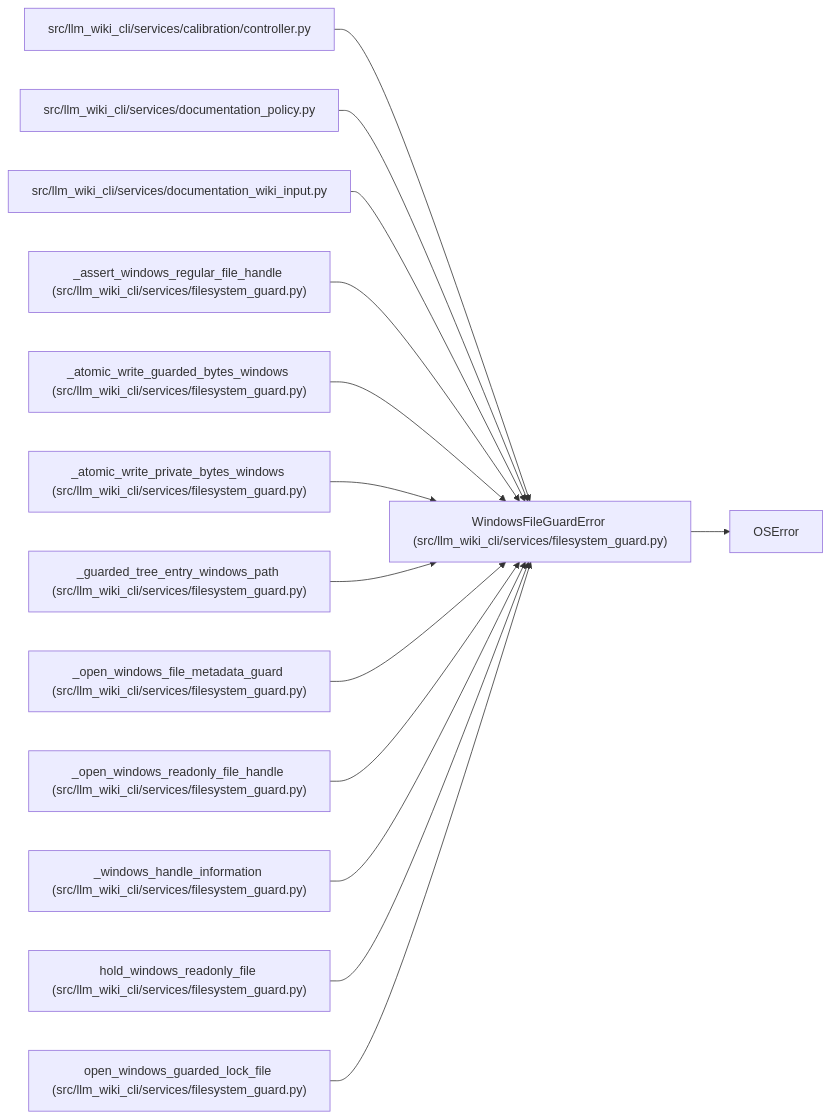
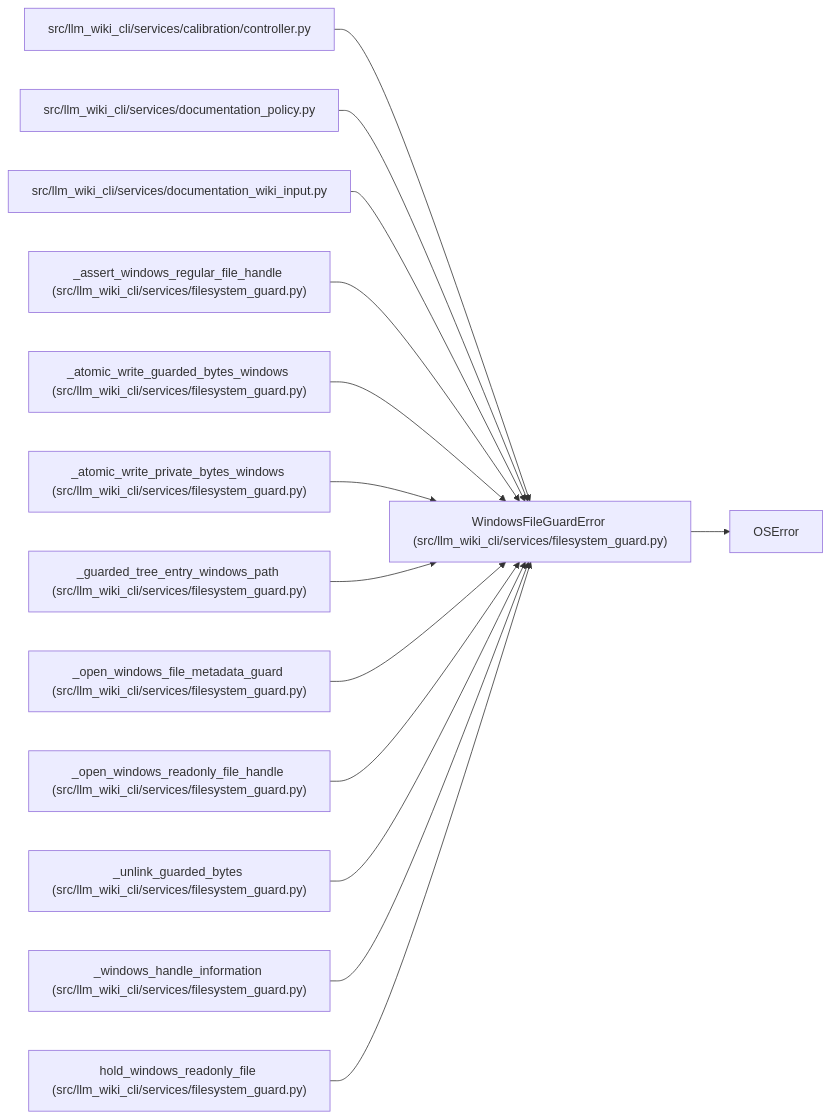
One commit to Denissvgn/python-wiki-llm changed the diagram in docs/llm_wiki/entities/WindowsFileGuardError.md. Above: the diagram before and after it, drawn with Mermaid. The commit also changed other lines of this file and 1410 other files, not shown here.

````diff
--- a/docs/llm_wiki/entities/WindowsFileGuardError.md
+++ b/docs/llm_wiki/entities/WindowsFileGuardError.md
@@ -23,43 +23,43 @@
 ```mermaid
 flowchart LR
     n0["WindowsFileGuardError (src/llm_wiki_cli/services/filesystem_guard.py)"]
     n1["OSError"]
     n2["src/llm_wiki_cli/services/calibration/controller.py"]
     n3["src/llm_wiki_cli/services/documentation_policy.py"]
     n4["src/llm_wiki_cli/services/documentation_wiki_input.py"]
     n5["_assert_windows_regular_file_handle (src/llm_wiki_cli/services/filesystem_guard.py)"]
     n6["_atomic_write_guarded_bytes_windows (src/llm_wiki_cli/services/filesystem_guard.py)"]
     n7["_atomic_write_private_bytes_windows (src/llm_wiki_cli/services/filesystem_guard.py)"]
     n8["_guarded_tree_entry_windows_path (src/llm_wiki_cli/services/filesystem_guard.py)"]
     n9["_open_windows_file_metadata_guard (src/llm_wiki_cli/services/filesystem_guard.py)"]
     n10["_open_windows_readonly_file_handle (src/llm_wiki_cli/services/filesystem_guard.py)"]
-    n11["_windows_handle_information (src/llm_wiki_cli/services/filesystem_guard.py)"]
-    n12["hold_windows_readonly_file (src/llm_wiki_cli/services/filesystem_guard.py)"]
-    n13["open_windows_guarded_lock_file (src/llm_wiki_cli/services/filesystem_guard.py)"]
+    n11["_unlink_guarded_bytes (src/llm_wiki_cli/services/filesystem_guard.py)"]
+    n12["_windows_handle_information (src/llm_wiki_cli/services/filesystem_guard.py)"]
+    n13["hold_windows_readonly_file (src/llm_wiki_cli/services/filesystem_guard.py)"]
     n0 --> n1
     n2 --> n0
     n3 --> n0
     n4 --> n0
     n5 --> n0
     n6 --> n0
     n7 --> n0
     n8 --> n0
     n9 --> n0
     n10 --> n0
     n11 --> n0
     n12 --> n0
     n13 --> n0
     click n0 "../modules/filesystem_guard.md"
     click n2 "../modules/controller.md"
     click n3 "../modules/documentation_policy.md"
     click n4 "../modules/documentation_wiki_input.md"
     click n5 "../modules/filesystem_guard.md"
     click n6 "../modules/filesystem_guard.md"
     click n7 "../modules/filesystem_guard.md"
     click n8 "../modules/filesystem_guard.md"
     click n9 "../modules/filesystem_guard.md"
     click n10 "../modules/filesystem_guard.md"
     click n11 "../modules/filesystem_guard.md"
     click n12 "../modules/filesystem_guard.md"
     click n13 "../modules/filesystem_guard.md"
 ```
````
